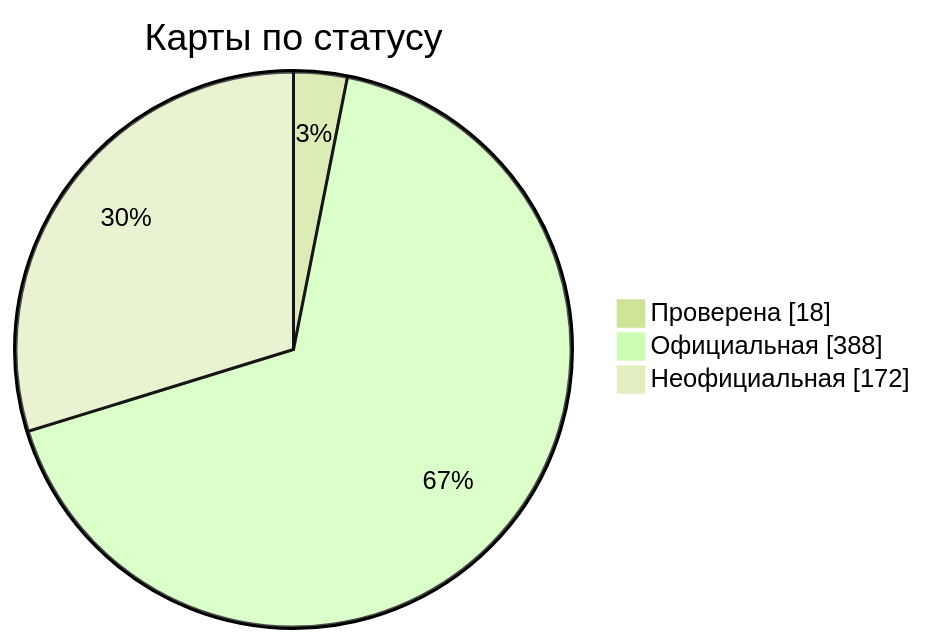
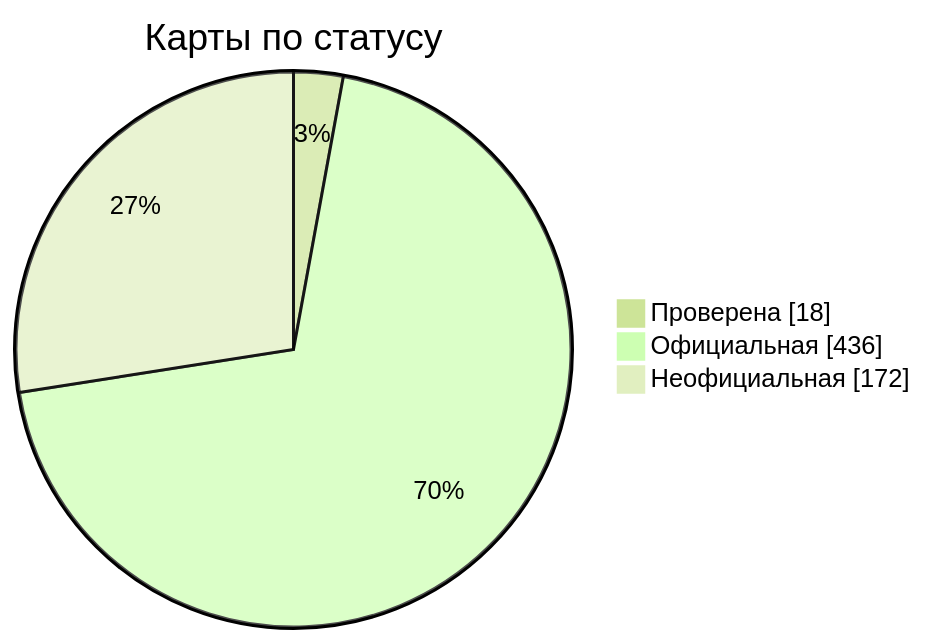
Before and after one commit to nobrega8/mbmap-library: the diagram in docs/readme/README_RU.md, drawn with Mermaid (forest theme). The commit also changed 53 other files, not shown here.

````diff
--- a/docs/readme/README_RU.md
+++ b/docs/readme/README_RU.md
@@ -54,7 +54,7 @@
 ```mermaid
 pie showData
     title Карты по статусу
     "Проверена" : 18
-    "Официальная" : 388
+    "Официальная" : 436
     "Неофициальная" : 172
 ```
````
